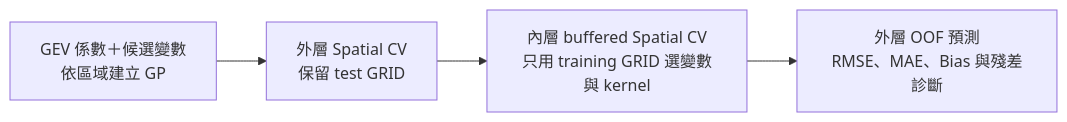
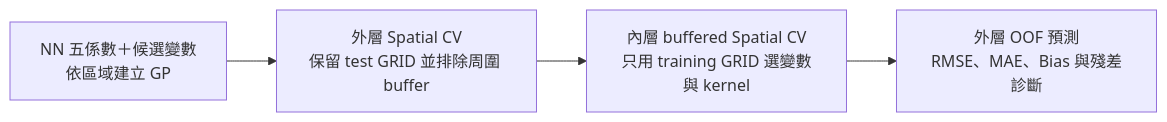
One commit to shu-ming0808/gev-use-nn changed the fourth of 5 diagrams in README.md. Above: the diagram before and after it, drawn with Mermaid. The commit also changed other lines of this file and 15 other files, not shown here.

```diff
--- a/README.md
+++ b/README.md
@@ -157,6 +175,6 @@
 ~~~mermaid
 flowchart LR
-    A["GEV 係數＋候選變數<br/>依區域建立 GP"] --> B["外層 Spatial CV<br/>保留 test GRID"]
+    A["NN 五係數＋候選變數<br/>依區域建立 GP"] --> B["外層 Spatial CV<br/>保留 test GRID 並排除周圍 buffer"]
     B --> C["內層 buffered Spatial CV<br/>只用 training GRID 選變數與 kernel"]
     C --> D["外層 OOF 預測<br/>RMSE、MAE、Bias 與殘差診斷"]
 ~~~
```
